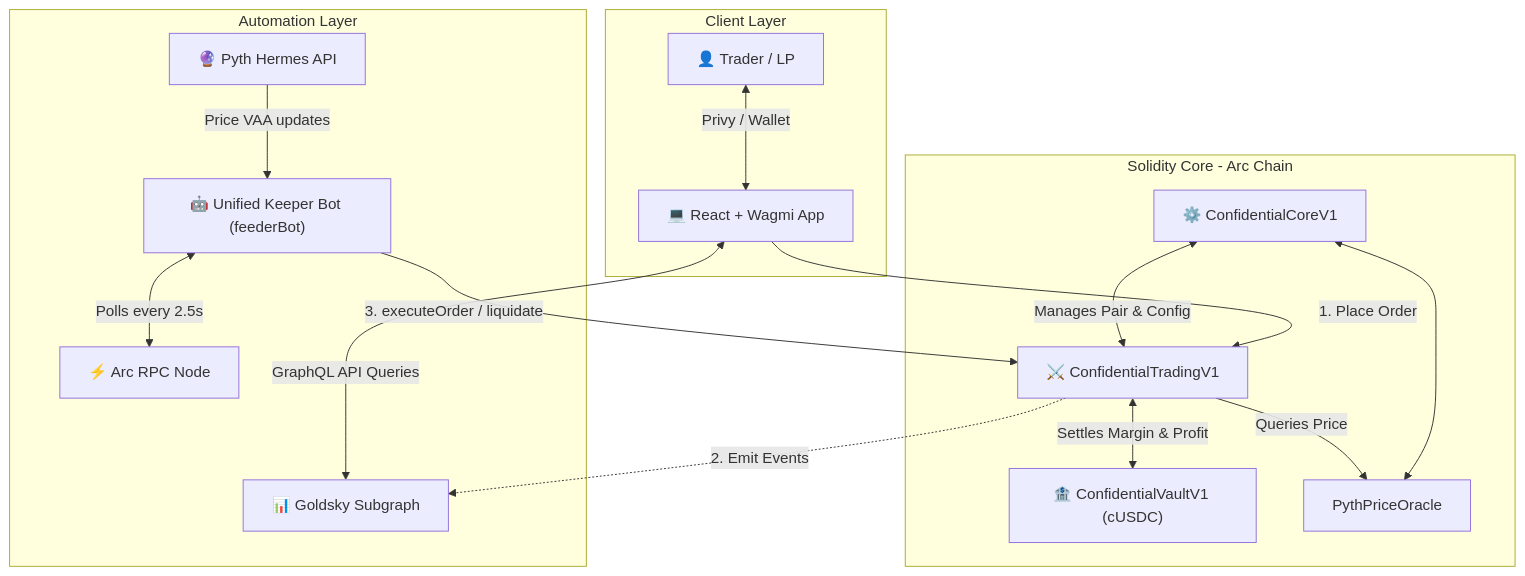
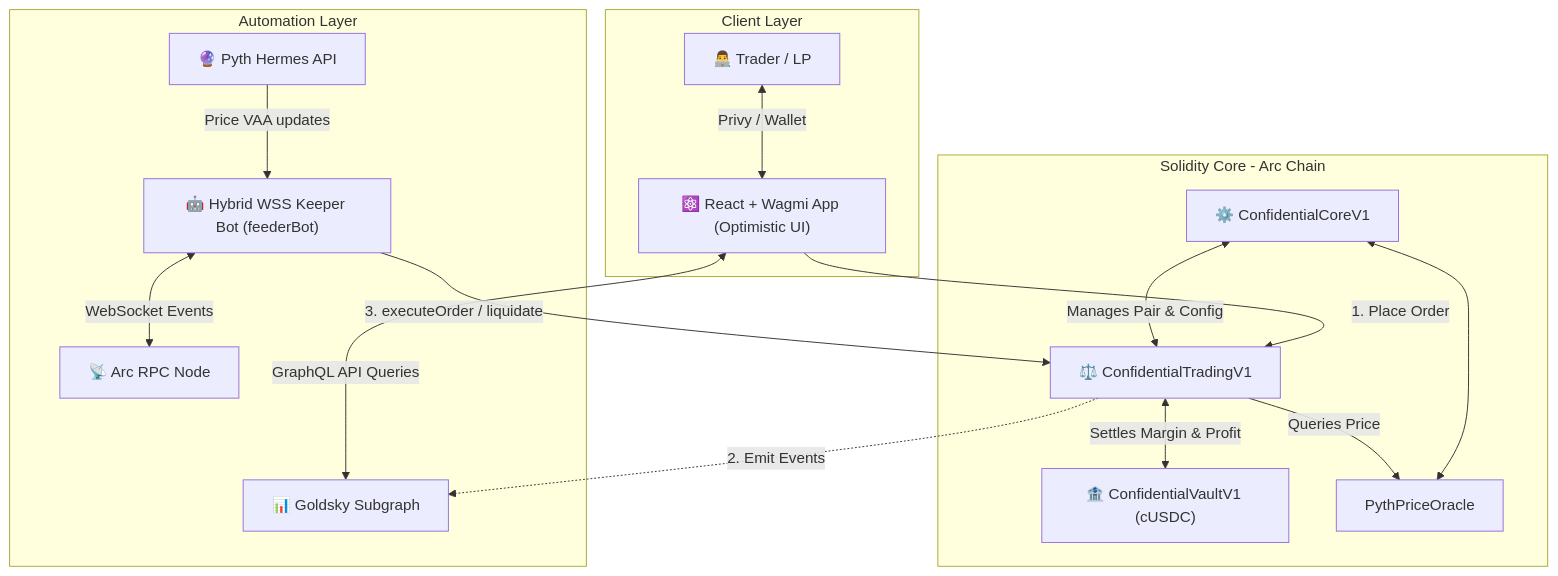
The diagram in README.md (confidentialdex/confidential), drawn with Mermaid before and after one commit. The commit also changed other lines of this file, not shown here.

````diff
--- a/README.md
+++ b/README.md
@@ -18,23 +24,23 @@
 ```mermaid
 graph TD
     subgraph Frontend [Client Layer]
-        User["👤 Trader / LP"] <--> |Privy / Wallet| React["💻 React + Wagmi App"]
+        User["👨‍💻 Trader / LP"] <--> |Privy / Wallet| React["⚛️ React + Wagmi App (Optimistic UI)"]
     end
 
     subgraph Infra [Automation Layer]
-        Keeper["🤖 Unified Keeper Bot (feederBot)"] <--> |Polls every 2.5s| RPC["⚡ Arc RPC Node"]
+        Keeper["🤖 Hybrid WSS Keeper Bot (feederBot)"] <--> |WebSocket Events| RPC["📡 Arc RPC Node"]
         Pyth["🔮 Pyth Hermes API"] --> |Price VAA updates| Keeper
         Goldsky["📊 Goldsky Subgraph"] <--> |GraphQL API Queries| React
     end
 
     subgraph Contracts [Solidity Core - Arc Chain]
-        Trading["⚔️ ConfidentialTradingV1"] <--> |Settles Margin & Profit| Vault["🏦 ConfidentialVaultV1 (cUSDC)"]
+        Trading["⚖️ ConfidentialTradingV1"] <--> |Settles Margin & Profit| Vault["🏦 ConfidentialVaultV1 (cUSDC)"]
         Trading --> |Queries Price| Oracle["PythPriceOracle"]
         Core["⚙️ ConfidentialCoreV1"] <--> |Manages Pair & Config| Trading
         Core <--> Oracle
     end
 
     React --> |1. Place Order| Trading
     Trading -.-> |2. Emit Events| Goldsky
     Keeper --> |3. executeOrder / liquidate| Trading
 ```
````
